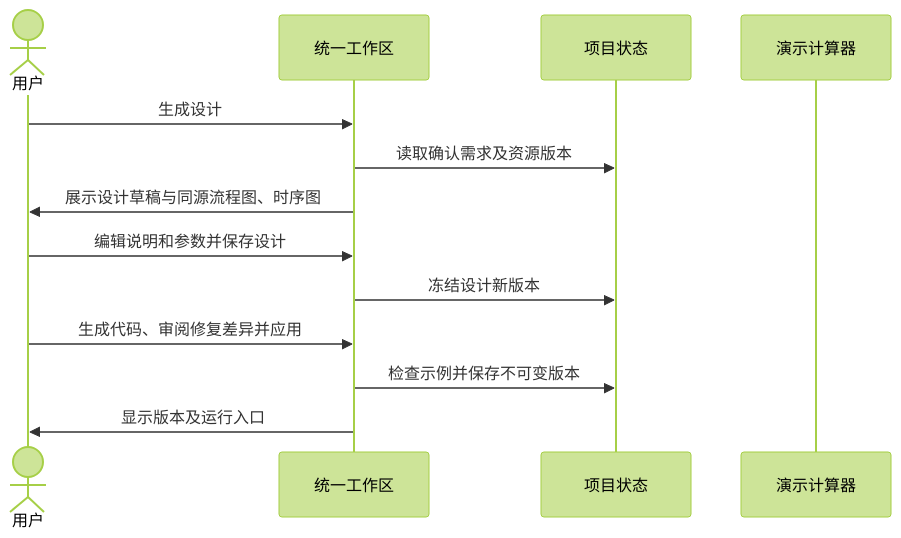
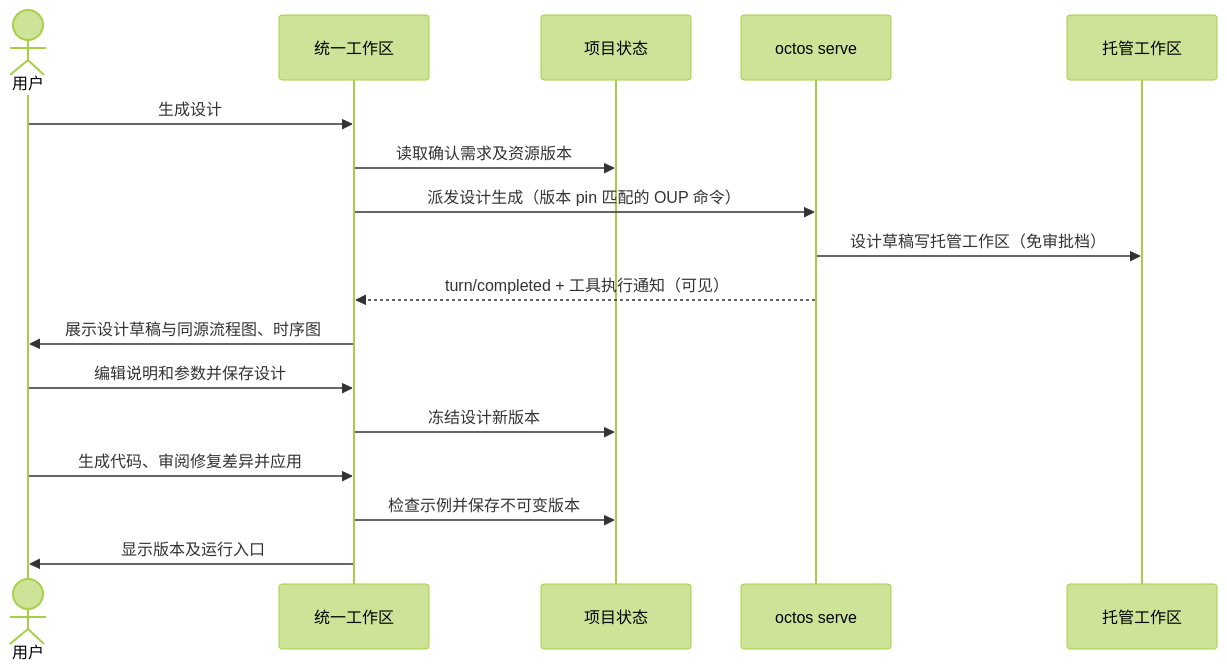
Before and after one commit to dorname/nautilus_trader: the diagram in logos/resources/prd/3-technical-plan/2-scenario-implementation/core-S18-ai-development.md, drawn with Mermaid (forest theme). The commit also changed other lines of this file and 10 other files, not shown here.

````diff
--- a/logos/resources/prd/3-technical-plan/2-scenario-implementation/core-S18-ai-development.md
+++ b/logos/resources/prd/3-technical-plan/2-scenario-implementation/core-S18-ai-development.md
@@ -5,15 +5,19 @@
 ```mermaid
 sequenceDiagram
     actor U as 用户
     participant G as 统一工作区
     participant P as 项目状态
-    participant W as 演示计算器
+    participant O as octos serve
+    participant W as 托管工作区
     U->>G: 生成设计
     G->>P: 读取确认需求及资源版本
+    G->>O: 派发设计生成（版本 pin 匹配的 OUP 命令）
+    O->>W: 设计草稿写托管工作区（免审批档）
+    O-->>G: turn/completed + 工具执行通知（可见）
     G->>U: 展示设计草稿与同源流程图、时序图
     U->>G: 编辑说明和参数并保存设计
     G->>P: 冻结设计新版本
     U->>G: 生成代码、审阅修复差异并应用
     G->>P: 检查示例并保存不可变版本
     G->>U: 显示版本及运行入口
 ```
````
